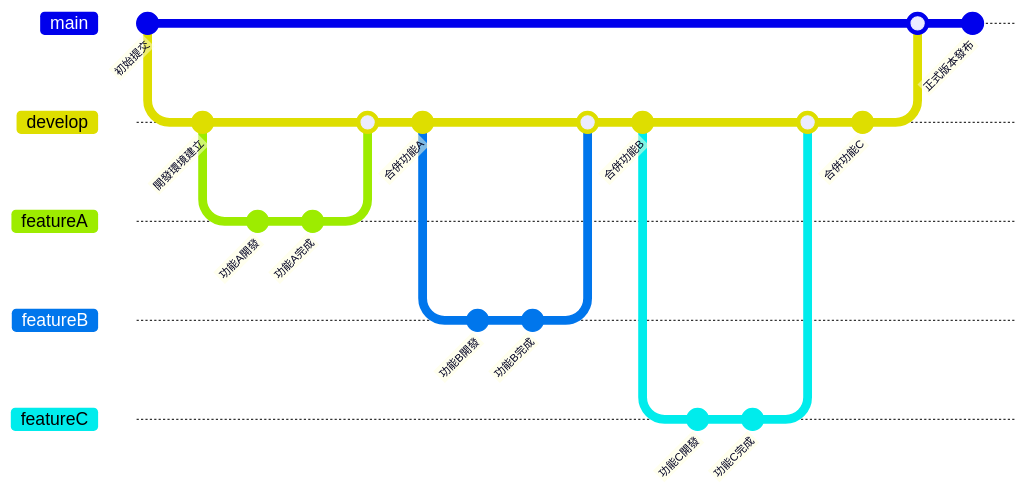
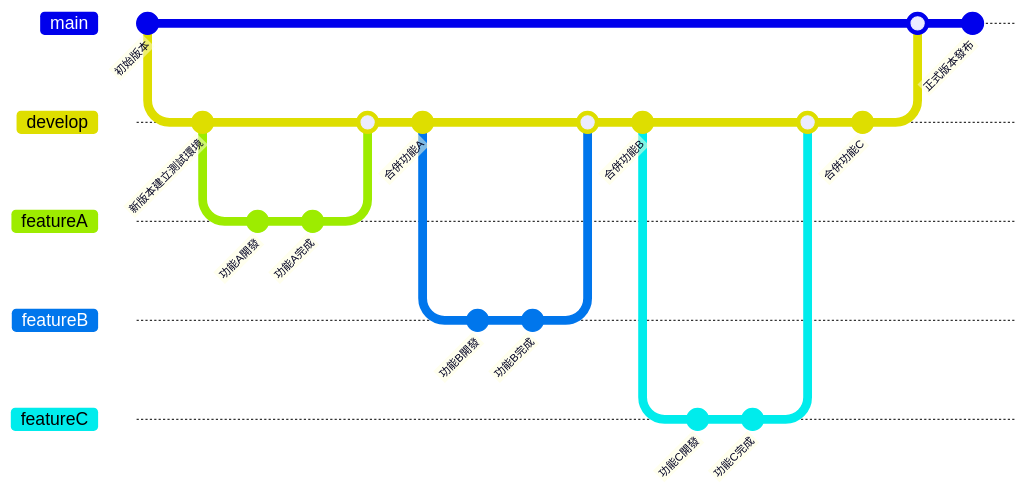
The diagram in README.md (ChiuPoYu/ChinAn), drawn with Mermaid before and after one commit.

Commit message:
調整敘述

````diff
--- a/README.md
+++ b/README.md
@@ -25,39 +25,39 @@
 ```mermaid
 gitGraph
-    commit id: "初始提交"
+    commit id: "初始版本"
     
     branch develop
     checkout develop
-    commit id: "開發環境建立"
+    commit id: "新版本建立測試環境"
     
     branch featureA
     checkout featureA
     commit id: "功能A開發"
     commit id: "功能A完成"
     
     checkout develop
     merge featureA
     commit id: "合併功能A"
     
     branch featureB
     checkout featureB
     commit id: "功能B開發"
     commit id: "功能B完成"
     
     checkout develop
     merge featureB
     commit id: "合併功能B"
     
     branch featureC
     checkout featureC
     commit id: "功能C開發"
     commit id: "功能C完成"
     
     checkout develop
     merge featureC
     commit id: "合併功能C"
     
     checkout main
     merge develop
     commit id: "正式版本發布"
 ```
````
